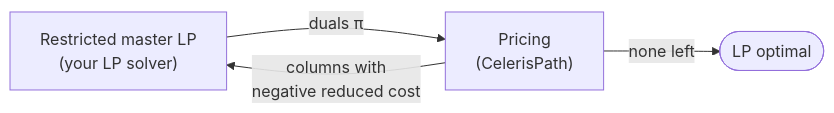
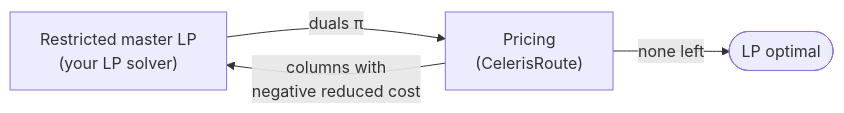
Before and after one commit to sharabhshukla/CelerisRoute: the diagram in docs/guide/pricing.md, drawn with Mermaid. The commit also changed other lines of this file and 80 other files, not shown here.

First line of the commit message:
Rename the project to CelerisRoute

````diff
--- a/docs/guide/pricing.md
+++ b/docs/guide/pricing.md
@@ -8,6 +8,6 @@
 ```mermaid
 flowchart LR
-    M["Restricted master LP<br/>(your LP solver)"] -- "duals π" --> P["Pricing<br/>(CelerisPath)"]
+    M["Restricted master LP<br/>(your LP solver)"] -- "duals π" --> P["Pricing<br/>(CelerisRoute)"]
     P -- "columns with<br/>negative reduced cost" --> M
     P -- "none left" --> D(["LP optimal"])
 ```
````
